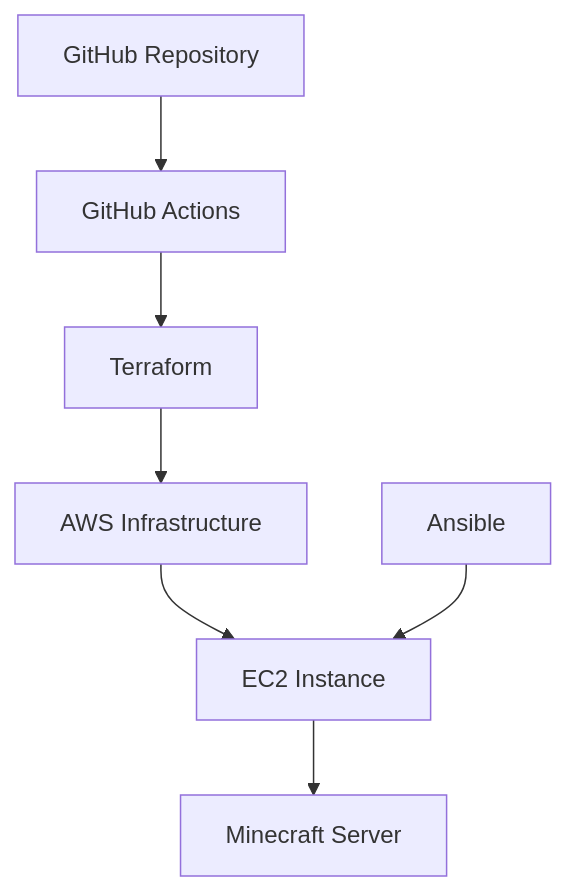
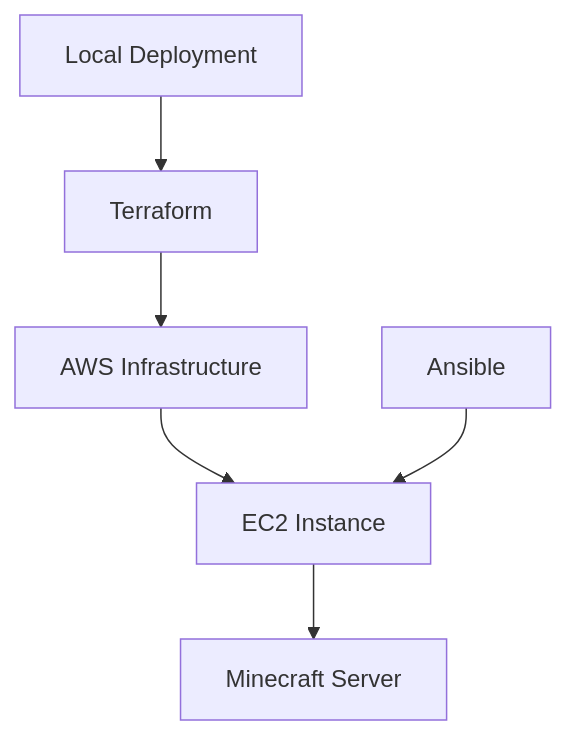
The diagram in README.md (Rice-Cameron/CS312CourseProjectPt2), drawn with Mermaid before and after one commit. The commit also changed other lines of this file, not shown here.

````diff
--- a/README.md
+++ b/README.md
@@ -176,9 +113,8 @@
 ```mermaid
 graph TD
-    A[GitHub Repository] --> B[GitHub Actions]
-    B --> C[Terraform]
-    C --> D[AWS Infrastructure]
-    D --> E[EC2 Instance]
-    E --> F[Minecraft Server]
-    G[Ansible] --> E
+    A[Local Deployment] --> B[Terraform]
+    B --> C[AWS Infrastructure]
+    C --> D[EC2 Instance]
+    D --> E[Minecraft Server]
+    F[Ansible] --> D
 ```
````
